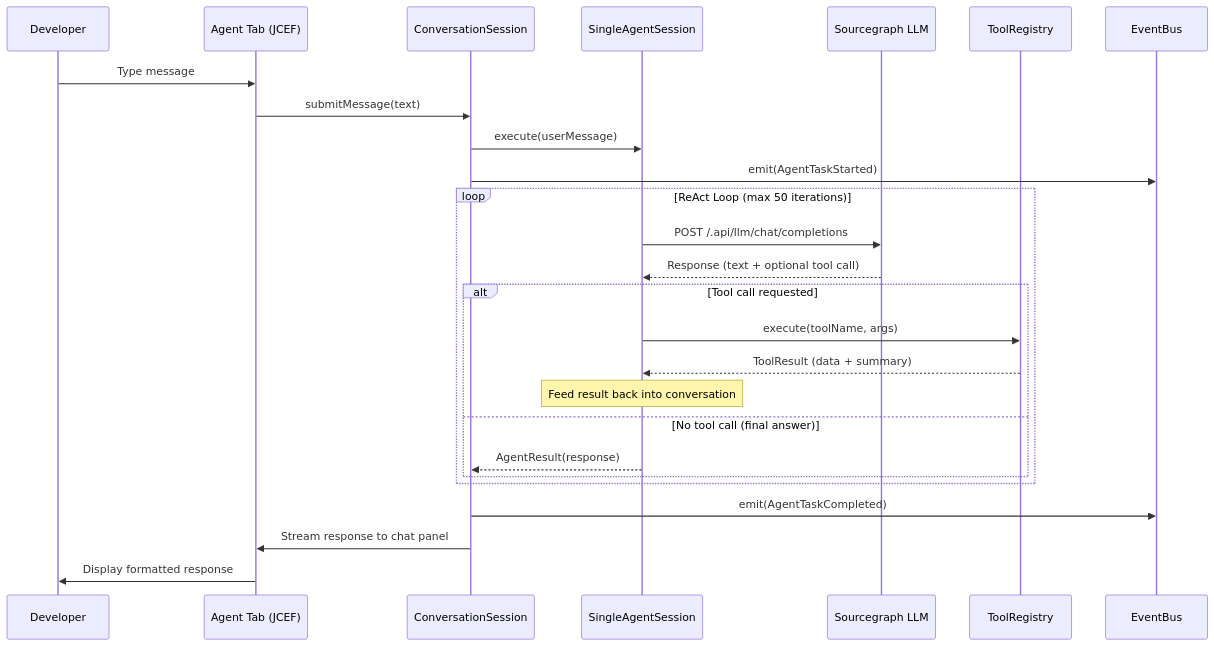
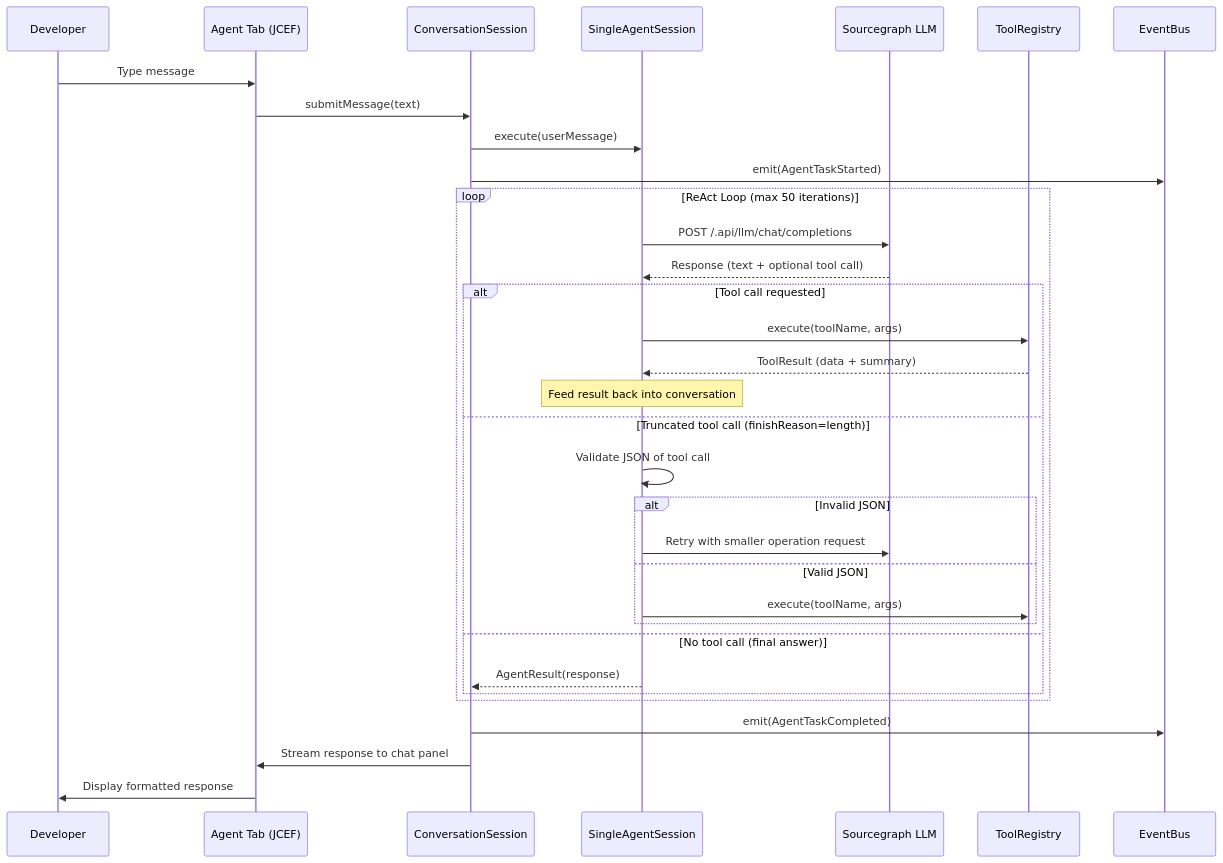
One commit to thenerdygeek/intellij-workflow-orchestrator changed the seventh of 10 diagrams in docs/architecture/data-flow.md. Above: the diagram before and after it, drawn with Mermaid. The commit also changed 3 other files, not shown here.

Commit message:
docs: update architecture docs for 190K input, token reconciliation, truncated tool recovery, built-in skills

````diff
--- a/docs/architecture/data-flow.md
+++ b/docs/architecture/data-flow.md
@@ -279,32 +279,39 @@
 ```mermaid
 sequenceDiagram
     participant User as Developer
     participant UI as Agent Tab (JCEF)
     participant CS as ConversationSession
     participant SA as SingleAgentSession
     participant LLM as Sourcegraph LLM
     participant TR as ToolRegistry
     participant EB as EventBus
 
     User->>UI: Type message
     UI->>CS: submitMessage(text)
     CS->>SA: execute(userMessage)
     CS->>EB: emit(AgentTaskStarted)
 
     loop ReAct Loop (max 50 iterations)
         SA->>LLM: POST /.api/llm/chat/completions
         LLM-->>SA: Response (text + optional tool call)
 
         alt Tool call requested
             SA->>TR: execute(toolName, args)
             TR-->>SA: ToolResult (data + summary)
             Note over SA: Feed result back into conversation
+        else Truncated tool call (finishReason=length)
+            SA->>SA: Validate JSON of tool call
+            alt Invalid JSON
+                SA->>LLM: Retry with smaller operation request
+            else Valid JSON
+                SA->>TR: execute(toolName, args)
+            end
         else No tool call (final answer)
             SA-->>CS: AgentResult(response)
         end
     end
 
     CS->>EB: emit(AgentTaskCompleted)
     CS->>UI: Stream response to chat panel
     UI->>User: Display formatted response
 ```
````
